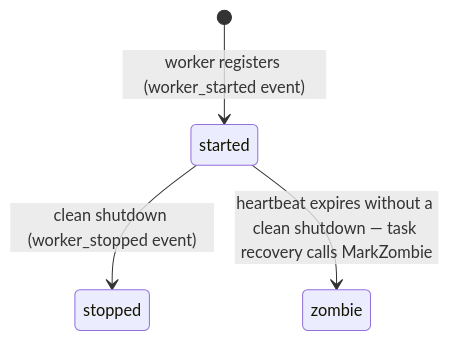
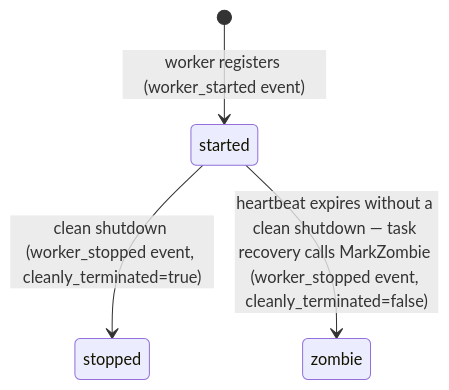
One commit to broadinstitute/sparklespray changed the third of 4 diagrams in v100/cluster-health.md. Above: the diagram before and after it, drawn with Mermaid. The commit also changed other lines of this file and 10 other files, not shown here.

````diff
--- a/v100/cluster-health.md
+++ b/v100/cluster-health.md
@@ -74,6 +74,6 @@
 ```mermaid
 stateDiagram-v2
     [*] --> started: worker registers (worker_started event)
-    started --> stopped: clean shutdown (worker_stopped event)
-    started --> zombie: heartbeat expires without a clean shutdown — task recovery calls MarkZombie
+    started --> stopped: clean shutdown (worker_stopped event, cleanly_terminated=true)
+    started --> zombie: heartbeat expires without a clean shutdown — task recovery calls MarkZombie (worker_stopped event, cleanly_terminated=false)
 ```
````
